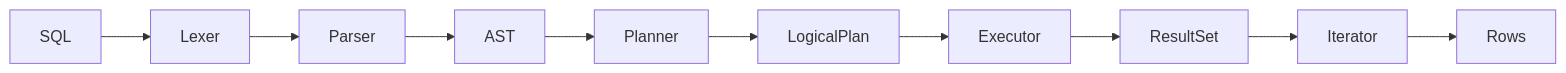
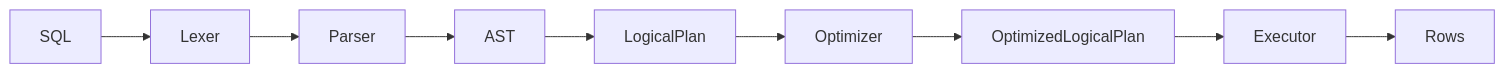
One commit to SarthakMakhija/tech-lessons-posts-v2 changed the diagram in src/content/blog/inside_a_query_engine_execution.md. Above: the diagram before and after it, drawn with Mermaid. The commit also changed other lines of this file and 7 other files, not shown here.

````diff
--- a/src/content/blog/inside_a_query_engine_execution.md
+++ b/src/content/blog/inside_a_query_engine_execution.md
@@ -296,4 +330,4 @@
 ```mermaid
 graph LR
-    SQL --> Lexer --> Parser --> AST --> Planner --> LogicalPlan --> Executor --> ResultSet --> Iterator --> Rows
+    SQL --> Lexer --> Parser --> AST --> LogicalPlan --> Optimizer --> OptimizedLogicalPlan --> Executor --> Rows
 ```
````
